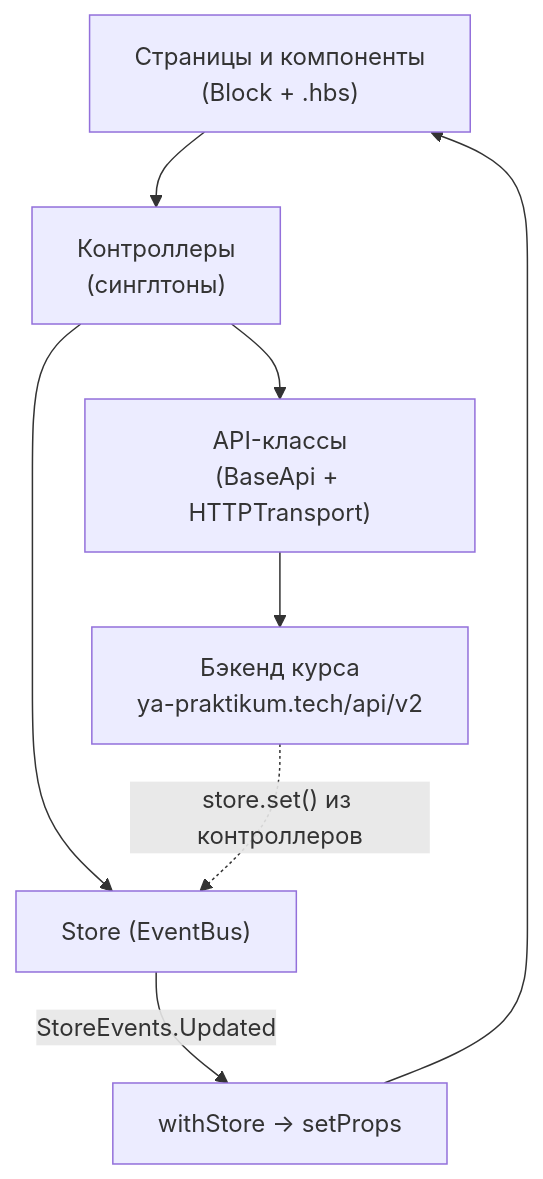
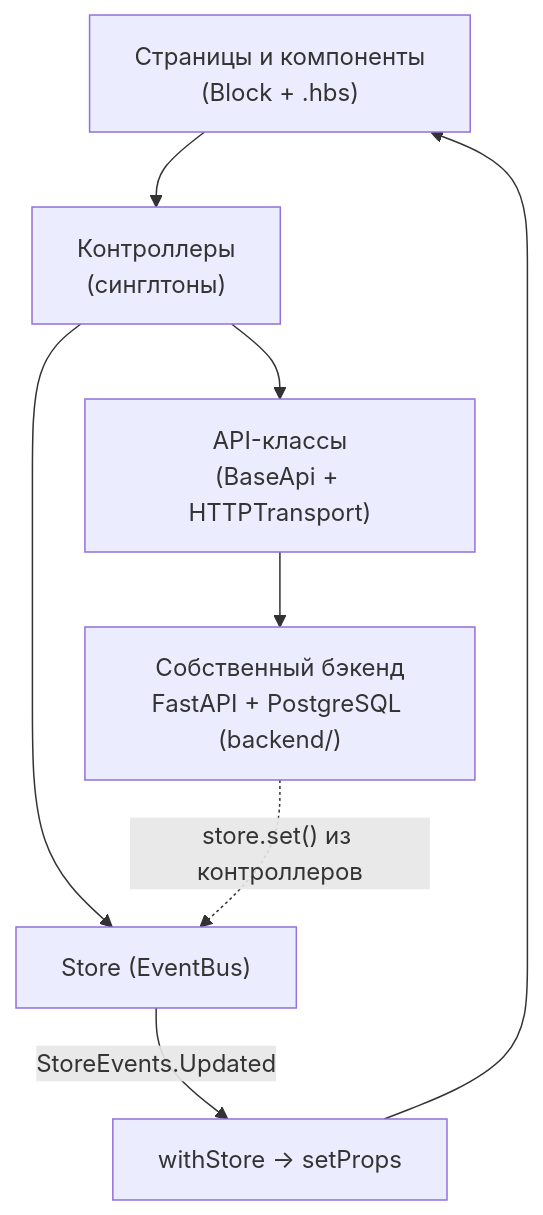
One commit to BJuice1984/chatty changed the diagram in docs/arch/README.md. Above: the diagram before and after it, drawn with Mermaid. The commit also changed other lines of this file and 59 other files, not shown here.

````diff
--- a/docs/arch/README.md
+++ b/docs/arch/README.md
@@ -19,10 +19,10 @@
 ```mermaid
 flowchart TD
     UI["Страницы и компоненты<br/>(Block + .hbs)"] --> C["Контроллеры<br/>(синглтоны)"]
     C --> API["API-классы<br/>(BaseApi + HTTPTransport)"]
-    API --> BE["Бэкенд курса<br/>ya-praktikum.tech/api/v2"]
+    API --> BE["Собственный бэкенд<br/>FastAPI + PostgreSQL (backend/)"]
     C --> ST["Store (EventBus)"]
     BE -.->|"store.set() из контроллеров"| ST
     ST -->|"StoreEvents.Updated"| WS["withStore → setProps"]
     WS --> UI
 ```
````
